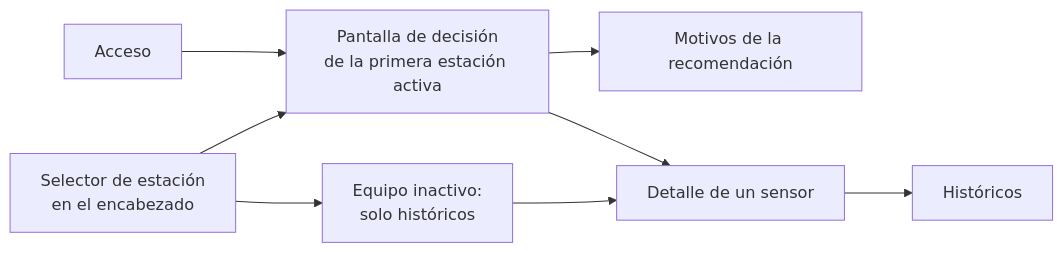
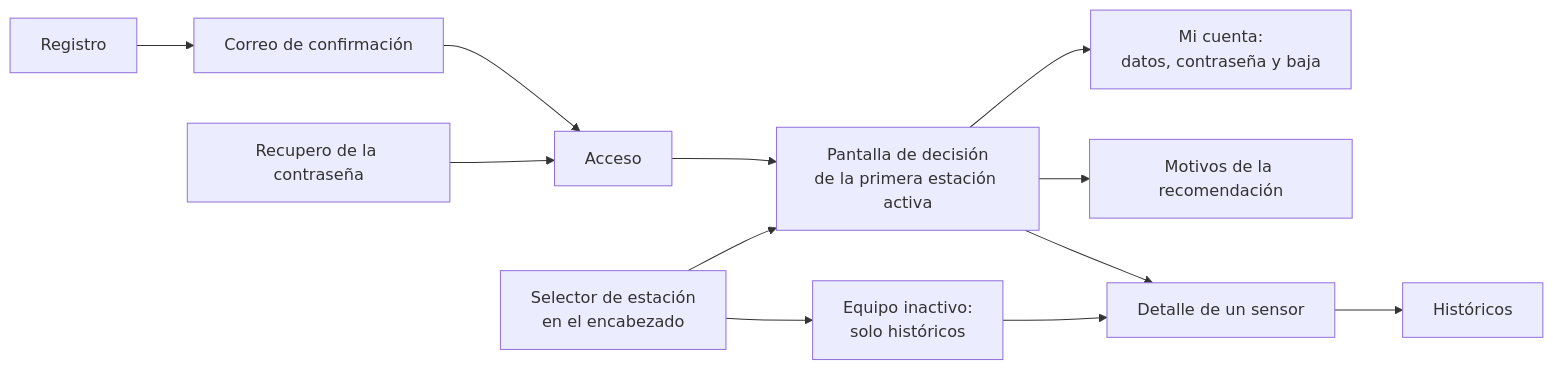
One commit to LIDR-academy-temp/AI4Devs-finalproject changed the first of 5 diagrams in readme.md. Above: the diagram before and after it, drawn with Mermaid. The commit also changed other lines of this file and 13 other files, not shown here.

````diff
--- a/readme.md
+++ b/readme.md
@@ -127,10 +128,14 @@
 ```mermaid
 flowchart LR
+    R["Registro"] --> M["Correo de confirmación"]
+    M --> A
+    P["Recupero de la contraseña"] --> A
     A["Acceso"] --> C["Pantalla de decisión<br/>de la primera estación activa"]
+    C --> K["Mi cuenta:<br/>datos, contraseña y baja"]
     B["Selector de estación<br/>en el encabezado"] --> C
     B --> G["Equipo inactivo:<br/>solo históricos"]
     C --> D["Motivos de la recomendación"]
     C --> E["Detalle de un sensor"]
     G --> E
     E --> F["Históricos"]
 ```
````
